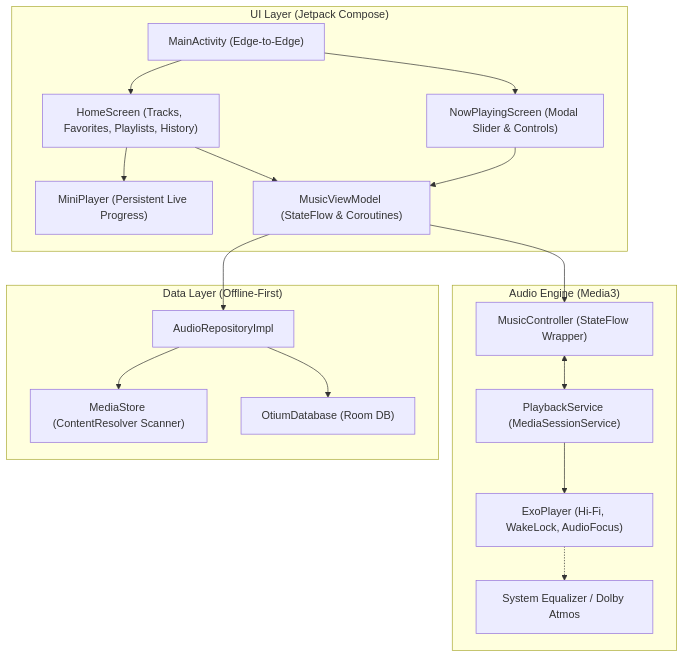
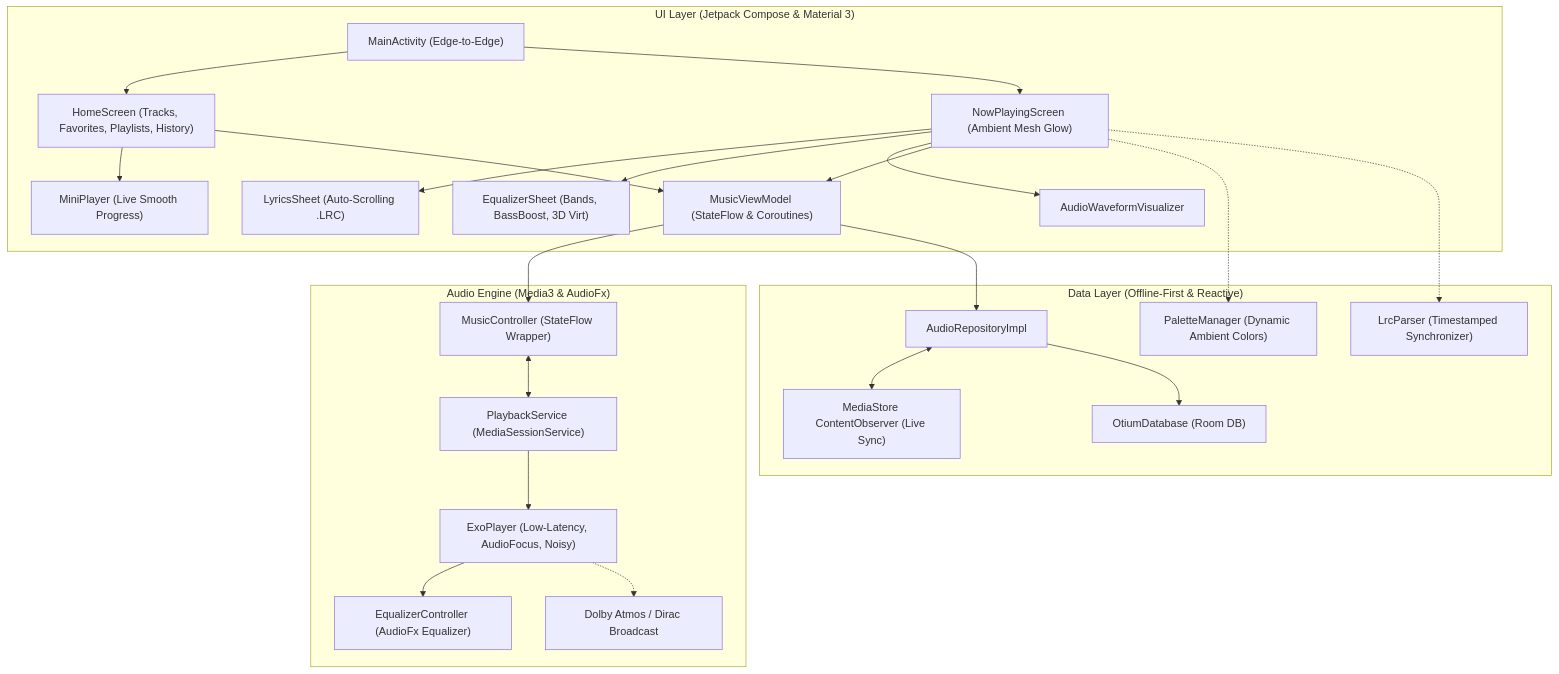
One commit to XRTM8/Audio changed the diagram in README.md. Above: the diagram before and after it, drawn with Mermaid. The commit also changed other lines of this file and 20 other files, not shown here.

Commit message:
feat: complete audiophile engine with dynamic palette, lyrics, equalizer, and fluid animations

````diff
--- a/README.md
+++ b/README.md
@@ -28,36 +35,48 @@
 ```mermaid
 flowchart TD
-    subgraph UI ["UI Layer (Jetpack Compose)"]
+    subgraph UI ["UI Layer (Jetpack Compose & Material 3)"]
         Activity["MainActivity (Edge-to-Edge)"]
         HomeScreen["HomeScreen (Tracks, Favorites, Playlists, History)"]
-        NowPlaying["NowPlayingScreen (Modal Slider & Controls)"]
-        MiniPlayer["MiniPlayer (Persistent Live Progress)"]
+        NowPlaying["NowPlayingScreen (Ambient Mesh Glow)"]
+        LyricsSheet["LyricsSheet (Auto-Scrolling .LRC)"]
+        EqualizerSheet["EqualizerSheet (Bands, BassBoost, 3D Virt)"]
+        MiniPlayer["MiniPlayer (Live Smooth Progress)"]
+        Waveform["AudioWaveformVisualizer"]
         ViewModel["MusicViewModel (StateFlow & Coroutines)"]
     end
 
-    subgraph AudioEngine ["Audio Engine (Media3)"]
+    subgraph AudioEngine ["Audio Engine (Media3 & AudioFx)"]
         Service["PlaybackService (MediaSessionService)"]
-        ExoPlayer["ExoPlayer (Hi-Fi, WakeLock, AudioFocus)"]
-        SystemDSP["System Equalizer / Dolby Atmos"]
+        ExoPlayer["ExoPlayer (Low-Latency, AudioFocus, Noisy)"]
+        EqualizerCtrl["EqualizerController (AudioFx Equalizer)"]
+        SystemDSP["Dolby Atmos / Dirac Broadcast"]
         MusicController["MusicController (StateFlow Wrapper)"]
     end
 
-    subgraph DataLayer ["Data Layer (Offline-First)"]
+    subgraph DataLayer ["Data Layer (Offline-First & Reactive)"]
         Repository["AudioRepositoryImpl"]
-        MediaStore["MediaStore (ContentResolver Scanner)"]
+        ContentObserver["MediaStore ContentObserver (Live Sync)"]
         RoomDB["OtiumDatabase (Room DB)"]
+        PaletteMgr["PaletteManager (Dynamic Ambient Colors)"]
+        LrcParser["LrcParser (Timestamped Synchronizer)"]
     end
 
     Activity --> HomeScreen
     Activity --> NowPlaying
+    NowPlaying --> LyricsSheet
+    NowPlaying --> EqualizerSheet
+    NowPlaying --> Waveform
     HomeScreen --> MiniPlayer
     HomeScreen --> ViewModel
     NowPlaying --> ViewModel
     ViewModel --> MusicController
     MusicController <--> Service
     Service --> ExoPlayer
+    ExoPlayer --> EqualizerCtrl
     ExoPlayer -.-> SystemDSP
     ViewModel --> Repository
-    Repository --> MediaStore
+    Repository <--> ContentObserver
     Repository --> RoomDB
+    NowPlaying -.-> PaletteMgr
+    NowPlaying -.-> LrcParser
 ```
````
